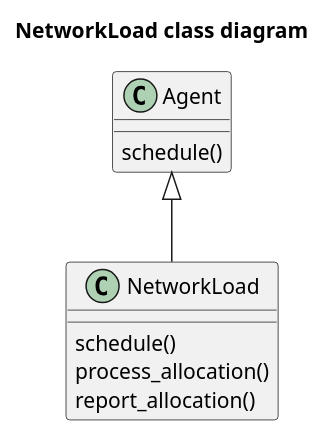
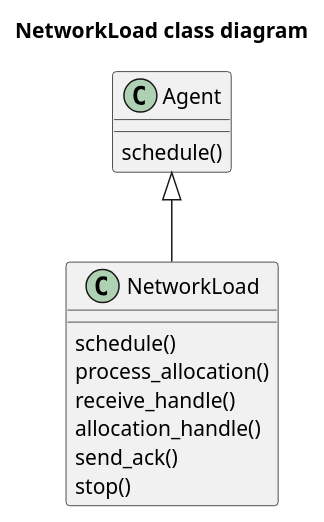
One commit to taqen/asgrids changed the fourth of 6 diagrams in worklog.org. Above: the diagram before and after it, drawn with PlantUML. The commit also changed other lines of this file, not shown here.

```diff
--- a/worklog.org
+++ b/worklog.org
@@ -168,12 +155,15 @@
-#+begin_src plantuml :file load_class_diag.png
+#+begin_src plantuml :file load.png
 title **NetworkLoad class diagram**
 class Agent {
   schedule()
 }
 class NetworkLoad {
   schedule()
   process_allocation()
-  report_allocation()
+  receive_handle()
+  allocation_handle()
+  send_ack()
+  stop()
 }
 Agent <|-- NetworkLoad
 #+end_src 
```
